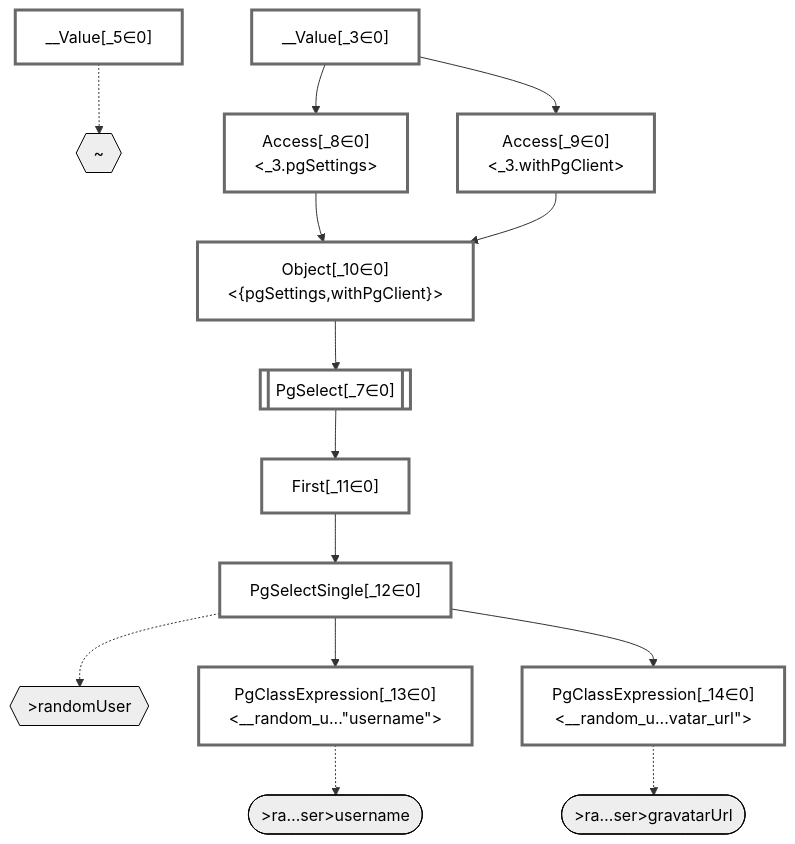
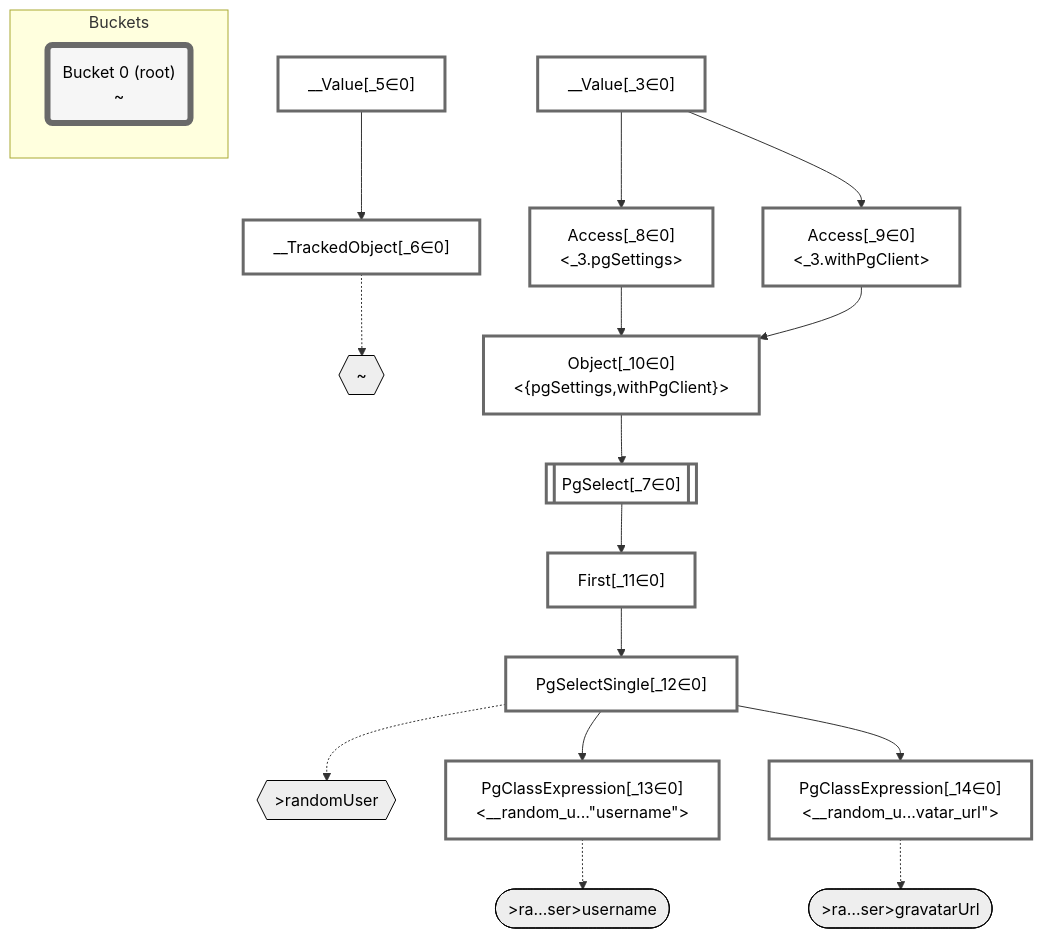
The diagram in packages/dataplan-pg/__tests__/queries/functions/custom-query-user.mermaid.md (graphile/crystal), drawn with Mermaid before and after one commit. The commit also changed 195 other files, not shown here.

````diff
--- a/packages/dataplan-pg/__tests__/queries/functions/custom-query-user.mermaid.md
+++ b/packages/dataplan-pg/__tests__/queries/functions/custom-query-user.mermaid.md
@@ -1,50 +1,58 @@
 ```mermaid
 graph TD
     classDef path fill:#eee,stroke:#000,color:#000
     classDef plan fill:#fff,stroke-width:3px,color:#000
     classDef itemplan fill:#fff,stroke-width:6px,color:#000
     classDef sideeffectplan fill:#f00,stroke-width:6px,color:#000
+    classDef bucket fill:#f6f6f6,color:#000,stroke-width:6px
 
     %% subgraph fields
     P1{{"~"}}:::path
     P2{{">randomUser"}}:::path
     P3([">ra…ser>username"]):::path
     %% P2 -.-> P3
     P4([">ra…ser>gravatarUrl"]):::path
     %% P2 -.-> P4
     %% P1 -.-> P2
     %% end
 
     %% define plans
     __Value_3["__Value[_3∈0]<br /><context>"]:::plan
     __Value_5["__Value[_5∈0]<br /><rootValue>"]:::plan
+    __TrackedObject_6["__TrackedObject[_6∈0]"]:::plan
     PgSelect_7[["PgSelect[_7∈0]<br /><random_user>"]]:::plan
     Access_8["Access[_8∈0]<br /><_3.pgSettings>"]:::plan
     Access_9["Access[_9∈0]<br /><_3.withPgClient>"]:::plan
     Object_10["Object[_10∈0]<br /><{pgSettings,withPgClient}>"]:::plan
     First_11["First[_11∈0]"]:::plan
     PgSelectSingle_12["PgSelectSingle[_12∈0]<br /><users>"]:::plan
     PgClassExpression_13["PgClassExpression[_13∈0]<br /><__random_u...#quot;username#quot;>"]:::plan
     PgClassExpression_14["PgClassExpression[_14∈0]<br /><__random_u...vatar_url#quot;>"]:::plan
 
     %% plan dependencies
+    __Value_5 --> __TrackedObject_6
     Object_10 --> PgSelect_7
     __Value_3 --> Access_8
     __Value_3 --> Access_9
     Access_8 --> Object_10
     Access_9 --> Object_10
     PgSelect_7 --> First_11
     First_11 --> PgSelectSingle_12
     PgSelectSingle_12 --> PgClassExpression_13
     PgSelectSingle_12 --> PgClassExpression_14
 
     %% plan-to-path relationships
-    __Value_5 -.-> P1
+    __TrackedObject_6 -.-> P1
     PgSelectSingle_12 -.-> P2
     PgClassExpression_13 -.-> P3
     PgClassExpression_14 -.-> P4
 
     %% allocate buckets
     classDef bucket0 stroke:#696969
-    class __Value_3,__Value_5,PgSelect_7,Access_8,Access_9,Object_10,First_11,PgSelectSingle_12,PgClassExpression_13,PgClassExpression_14 bucket0
+    class __Value_3,__Value_5,__TrackedObject_6,PgSelect_7,Access_8,Access_9,Object_10,First_11,PgSelectSingle_12,PgClassExpression_13,PgClassExpression_14 bucket0
+
+    subgraph Buckets
+    Bucket0("Bucket 0 (root)<br />~"):::bucket
+    style Bucket0 stroke:#696969
+    end
 ```
````
